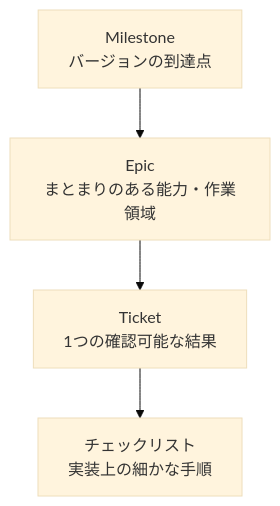
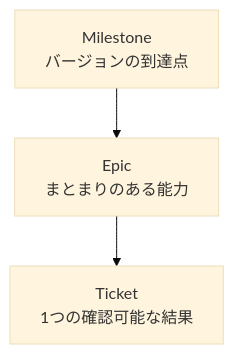
The diagram in ragscope-project-management-rules.md (takashit16833/RAGScope), drawn with Mermaid (base theme) before and after one commit. The commit also changed other lines of this file and 5 other files, not shown here.

````diff
--- a/ragscope-project-management-rules.md
+++ b/ragscope-project-management-rules.md
@@ -77,9 +72,7 @@
 ```mermaid
 flowchart TD
     Milestone["Milestone<br>バージョンの到達点"]
-    Epic["Epic<br>まとまりのある能力・作業領域"]
+    Epic["Epic<br>まとまりのある能力"]
     Ticket["Ticket<br>1つの確認可能な結果"]
-    Steps["チェックリスト<br>実装上の細かな手順"]
-
-    Milestone --> Epic --> Ticket --> Steps
+    Milestone --> Epic --> Ticket
 ```
````
